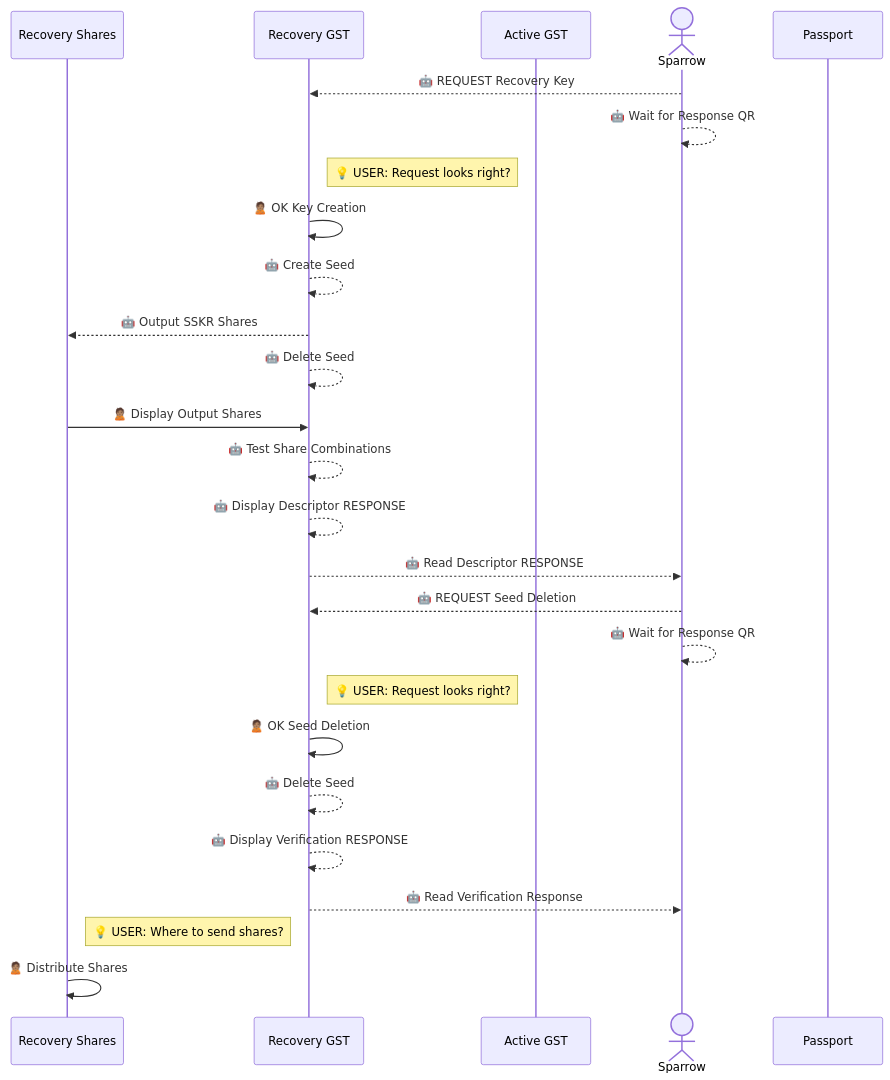
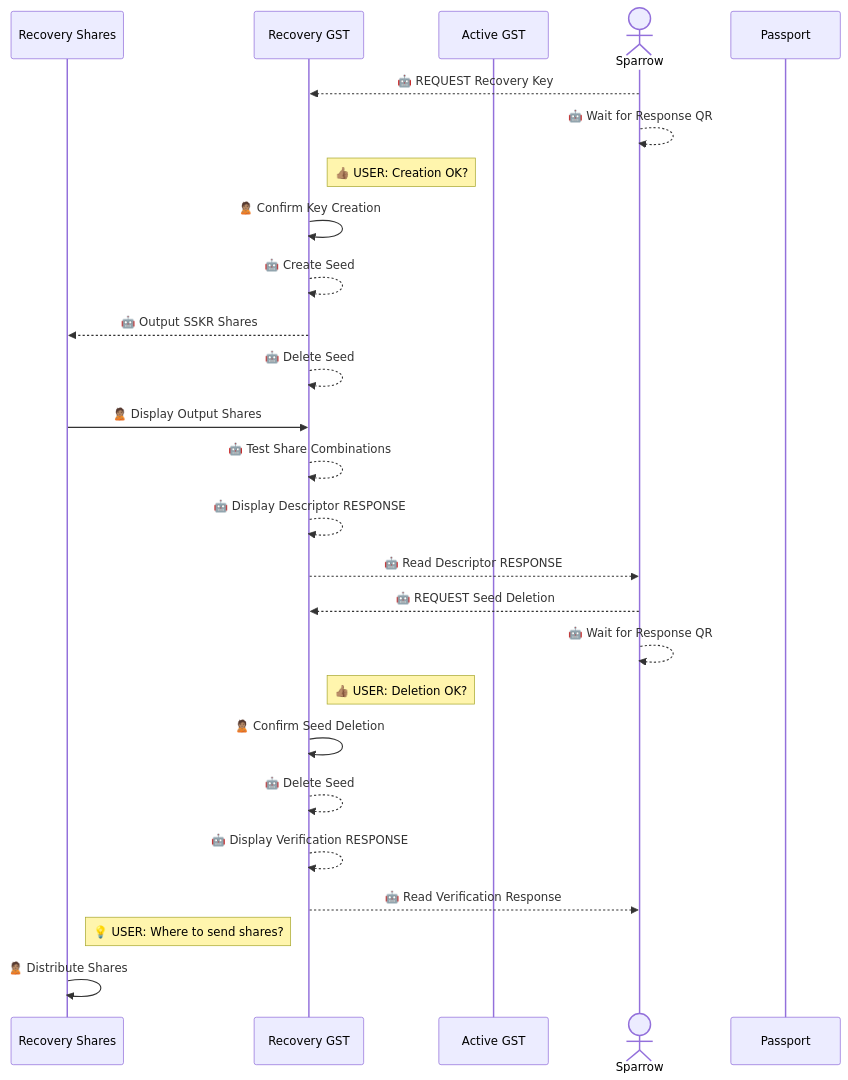
The eighth of 12 diagrams in Docs/Scenario-Multisig-RR.md (BlockchainCommons/SmartCustody), drawn with Mermaid before and after one commit. The commit also changed other lines of this file, not shown here.

````diff
--- a/Docs/Scenario-Multisig-RR.md
+++ b/Docs/Scenario-Multisig-RR.md
@@ -222,31 +224,31 @@
 ```mermaid
 sequenceDiagram
 participant Rs as Recovery Shares
 participant R as Recovery GST
 participant S1 as Active GST
 actor TC as Sparrow
 participant S2 as Passport
 
 TC-->>R: 🤖 REQUEST Recovery Key
 TC-->>TC: 🤖 Wait for Response QR
 
-note right of R: 💡 USER: Request looks right?
-R->>R: 🙎🏽 OK Key Creation
+note right of R: 👍🏽 USER: Creation OK?
+R->>R: 🙎🏽 Confirm Key Creation
 R-->>R: 🤖 Create Seed
 R-->>Rs: 🤖 Output SSKR Shares
 R-->>R: 🤖 Delete Seed
 Rs->>R: 🙎🏽 Display Output Shares
 R-->>R: 🤖 Test Share Combinations
 R-->>R: 🤖 Display Descriptor RESPONSE
 R-->>TC: 🤖 Read Descriptor RESPONSE
 
 TC-->>R: 🤖 REQUEST Seed Deletion
 TC-->>TC: 🤖 Wait for Response QR
-note right of R: 💡 USER: Request looks right?
-R->>R: 🙎🏽 OK Seed Deletion
+note right of R: 👍🏽 USER: Deletion OK?
+R->>R: 🙎🏽 Confirm Seed Deletion
 R-->>R: 🤖 Delete Seed
 R-->>R: 🤖 Display Verification RESPONSE
 R-->>TC: 🤖 Read Verification Response
 note right of Rs: 💡 USER: Where to send shares?
 Rs->>Rs: 🙎🏽 Distribute Shares
 ```
````
